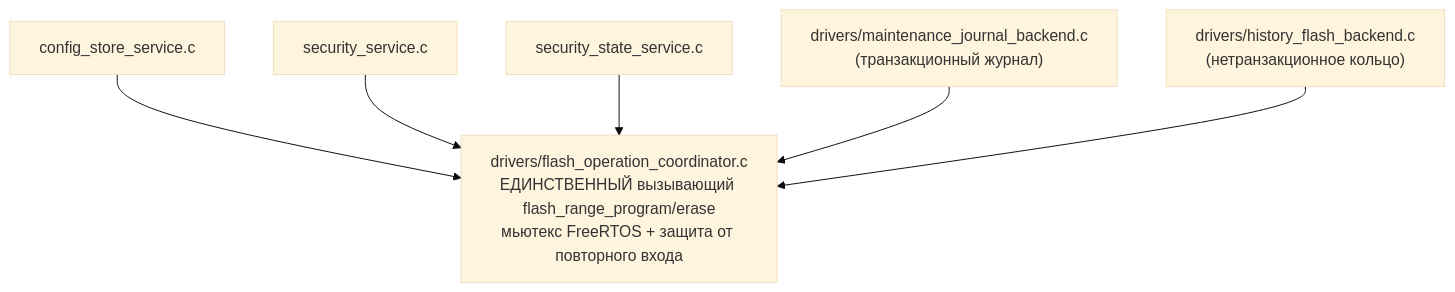
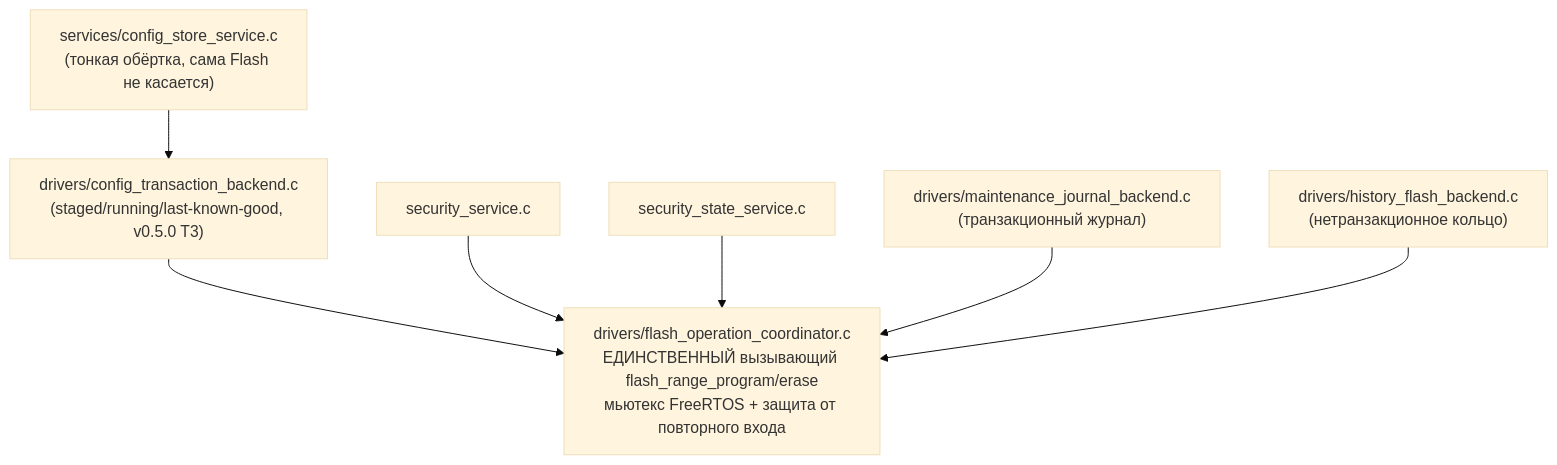
Before and after one commit to Maronari/RP2040_OPCUA_Server: the fourth of 5 diagrams in docs/code/call-graphs.md, drawn with Mermaid (base theme). The commit also changed 7 other files, not shown here.

First line of the commit message:
docs(code): correct docs/code/ architecture maps for the v0.5.0 config transaction backend

````diff
--- a/docs/code/call-graphs.md
+++ b/docs/code/call-graphs.md
@@ -80,15 +80,17 @@
 ```mermaid
 graph TD
-    ConfigStore["config_store_service.c"]
+    ConfigTxn["drivers/config_transaction_backend.c<br/>(staged/running/last-known-good, v0.5.0 T3)"]
     Security["security_service.c"]
     SecurityState["security_state_service.c"]
     MJ["drivers/maintenance_journal_backend.c<br/>(транзакционный журнал)"]
     HFB["drivers/history_flash_backend.c<br/>(нетранзакционное кольцо)"]
     FOC["drivers/flash_operation_coordinator.c<br/>ЕДИНСТВЕННЫЙ вызывающий flash_range_program/erase<br/>мьютекс FreeRTOS + защита от повторного входа"]
 
-    ConfigStore --> FOC
+    ConfigTxn --> FOC
     Security --> FOC
     SecurityState --> FOC
     MJ --> FOC
     HFB --> FOC
+
+    ConfigStoreSvc["services/config_store_service.c<br/>(тонкая обёртка, сама Flash не касается)"] --> ConfigTxn
 ```
````
